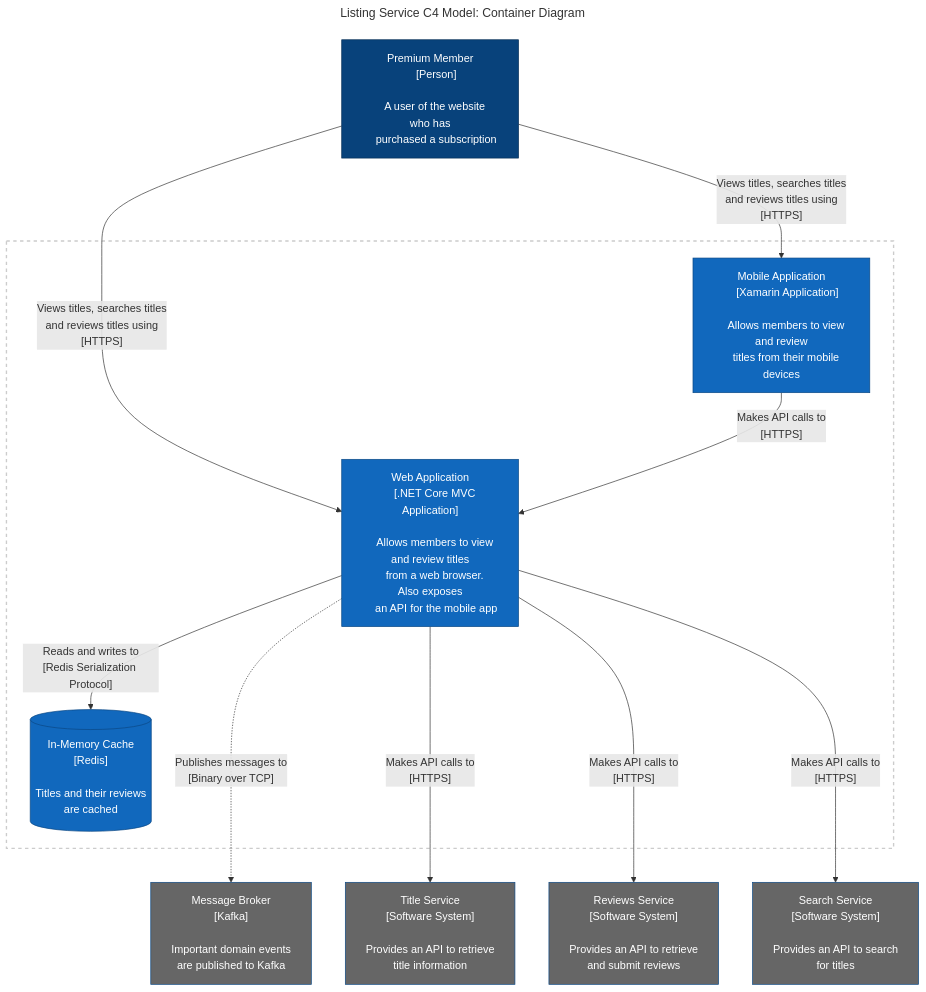
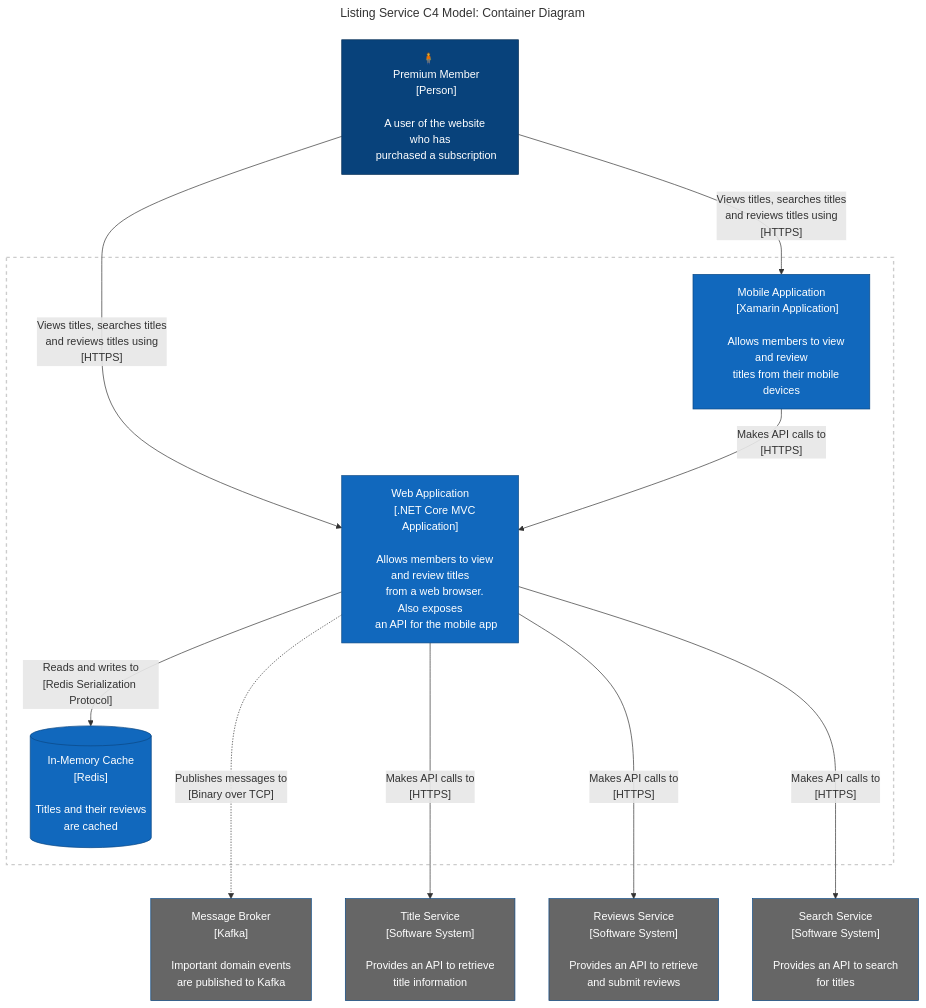
One commit to TomSpencerLondon/Domain-Modelling changed diagram 19 of 19 in README.md. Above: the diagram before and after it, drawn with Mermaid.

Commit message:
Add person

```diff
--- a/README.md
+++ b/README.md
@@ -517,7 +517,8 @@
 title: "Listing Service C4 Model: Container Diagram"
 ---
 flowchart TD
-    User["Premium Member
+    User["🧍 
+    Premium Member
     [Person]
     
     A user of the website who has
```
